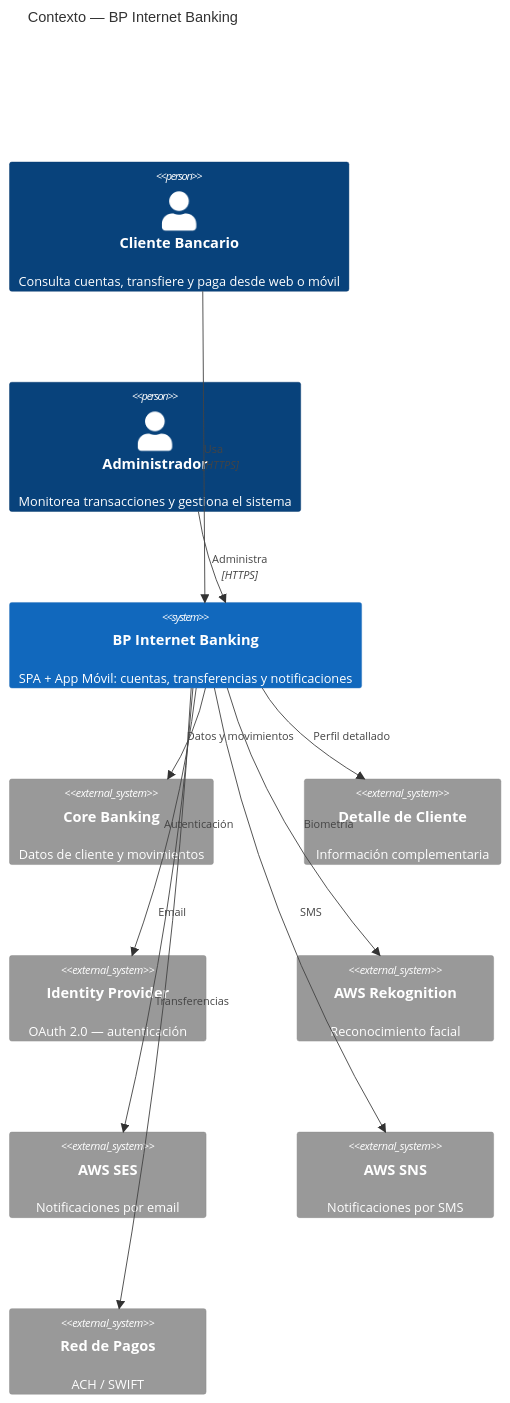
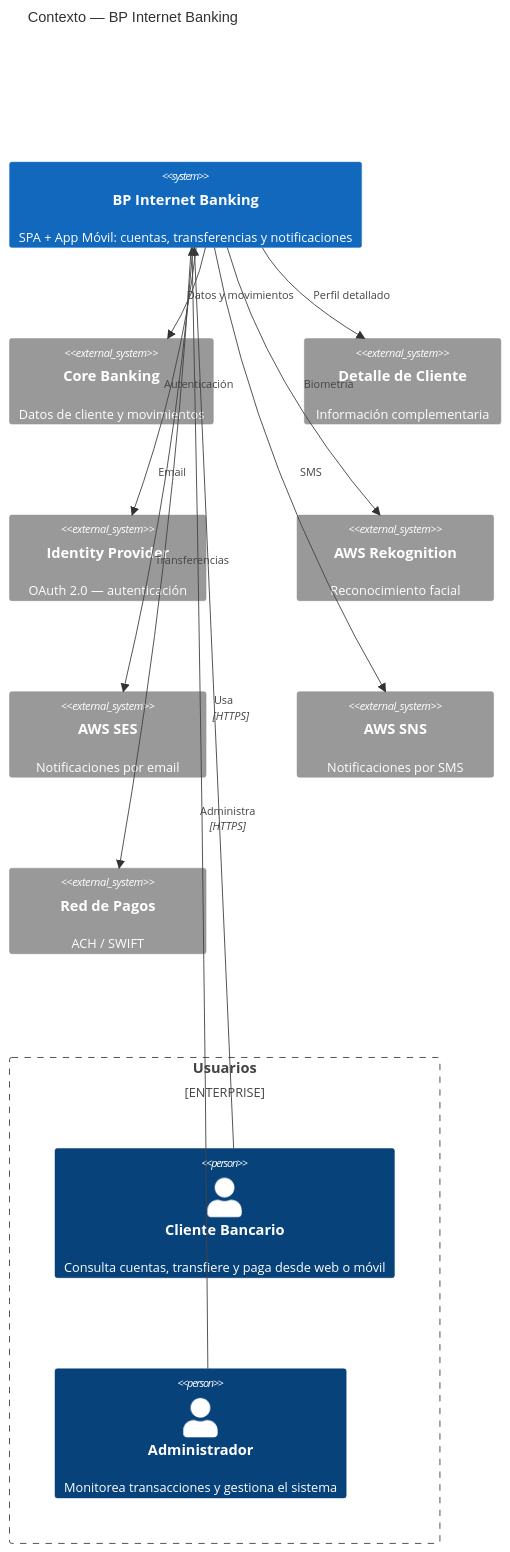
The first of 11 diagrams in docs/origin/BP_BANKING_ARCHITECTURE.md (DavidVique1998/CV), drawn with Mermaid before and after one commit. The commit also changed 1 other file, not shown here.

Commit message:
docs: place Person nodes side by side in C4Context using Enterprise_Boundary

````diff
--- a/docs/origin/BP_BANKING_ARCHITECTURE.md
+++ b/docs/origin/BP_BANKING_ARCHITECTURE.md
@@ -19,27 +19,29 @@
 ```mermaid
 C4Context
   title Contexto — BP Internet Banking
 
-  Person(customer, "Cliente Bancario", "Consulta cuentas, transfiere y paga desde web o móvil")
-  Person(admin, "Administrador", "Monitorea transacciones y gestiona el sistema")
+  Enterprise_Boundary(users, "Usuarios") {
+    Person(customer, "Cliente Bancario", "Consulta cuentas, transfiere y paga desde web o móvil")
+    Person(admin, "Administrador", "Monitorea transacciones y gestiona el sistema")
+  }
 
   System(bp, "BP Internet Banking", "SPA + App Móvil: cuentas, transferencias y notificaciones")
 
   System_Ext(core, "Core Banking", "Datos de cliente y movimientos")
   System_Ext(detail, "Detalle de Cliente", "Información complementaria")
   System_Ext(idp, "Identity Provider", "OAuth 2.0 — autenticación")
   System_Ext(rekognition, "AWS Rekognition", "Reconocimiento facial")
   System_Ext(ses, "AWS SES", "Notificaciones por email")
   System_Ext(sns, "AWS SNS", "Notificaciones por SMS")
   System_Ext(payments, "Red de Pagos", "ACH / SWIFT")
 
   Rel(customer, bp, "Usa", "HTTPS")
   Rel(admin, bp, "Administra", "HTTPS")
   Rel(bp, core, "Datos y movimientos")
   Rel(bp, detail, "Perfil detallado")
   Rel(bp, idp, "Autenticación")
   Rel(bp, rekognition, "Biometría")
   Rel(bp, ses, "Email")
   Rel(bp, sns, "SMS")
   Rel(bp, payments, "Transferencias")
 ```
````
